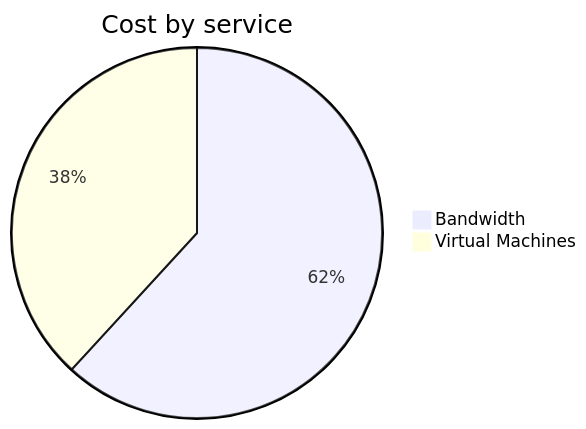
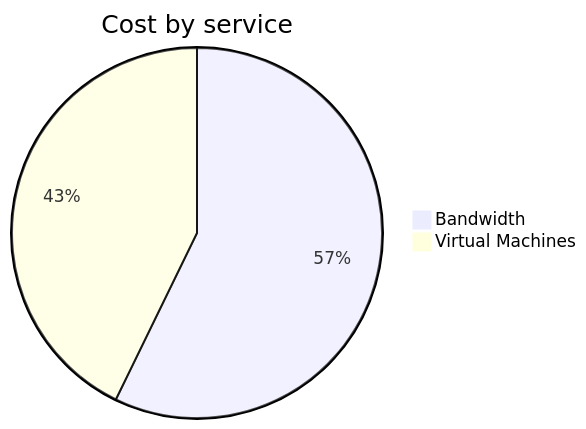
One commit to jpfulton/azure-personal-reports changed the second of 4 diagrams in cost-reports/personal-network/vpn-server.md. Above: the diagram before and after it, drawn with Mermaid. The commit also changed other lines of this file and 8 other files, not shown here.

````diff
--- a/cost-reports/personal-network/vpn-server.md
+++ b/cost-reports/personal-network/vpn-server.md
@@ -96,6 +96,6 @@
 ```mermaid
 pie
    title Cost by service
-   "Bandwidth" : 1.02
-   "Virtual Machines" : 0.63
+   "Bandwidth" : 1.11
+   "Virtual Machines" : 0.83
 ```
````
